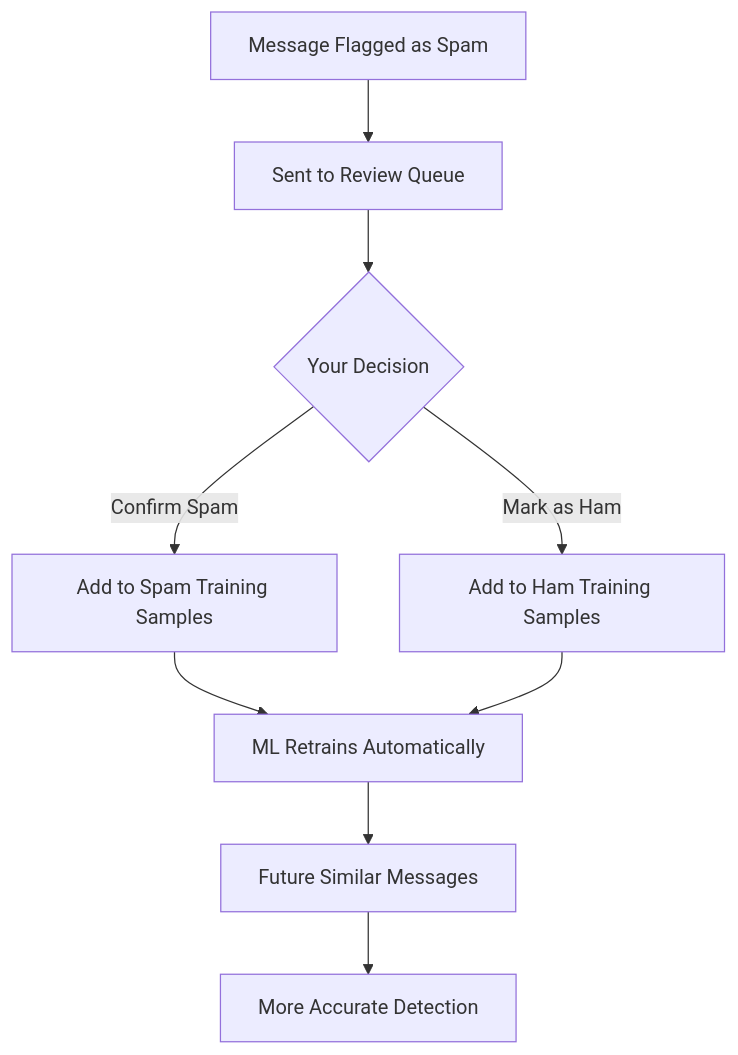
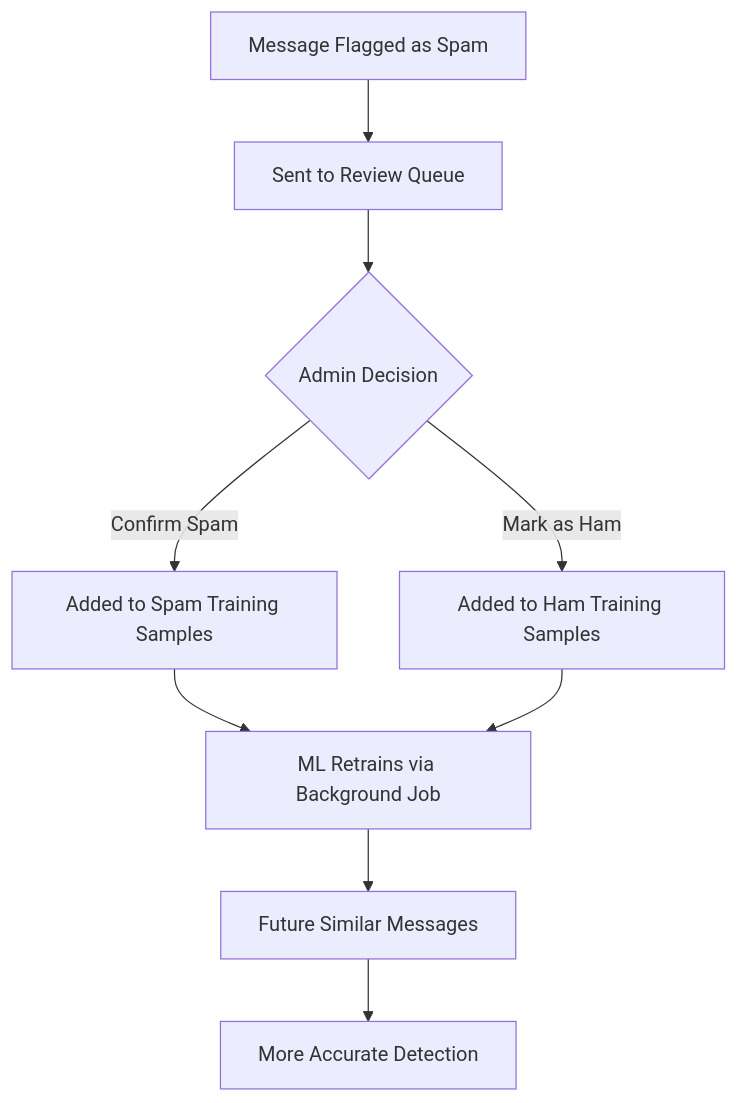
One commit to musicislife08/TelegramGroupsAdmin changed the third of 3 diagrams in TelegramGroupsAdmin/Docs/features/03-spam-detection.md. Above: the diagram before and after it, drawn with Mermaid. The commit also changed other lines of this file and 21 other files, not shown here.

````diff
--- a/TelegramGroupsAdmin/Docs/features/03-spam-detection.md
+++ b/TelegramGroupsAdmin/Docs/features/03-spam-detection.md
@@ -663,11 +708,11 @@
 ```mermaid
 flowchart TD
     A[Message Flagged as Spam] --> B[Sent to Review Queue]
-    B --> C{Your Decision}
-    C -->|Confirm Spam| D[Add to Spam Training Samples]
-    C -->|Mark as Ham| E[Add to Ham Training Samples]
-    D --> F[ML Retrains Automatically]
+    B --> C{Admin Decision}
+    C -->|Confirm Spam| D[Added to Spam Training Samples]
+    C -->|Mark as Ham| E[Added to Ham Training Samples]
+    D --> F[ML Retrains via Background Job]
     E --> F
     F --> G[Future Similar Messages]
     G --> H[More Accurate Detection]
 ```
````
